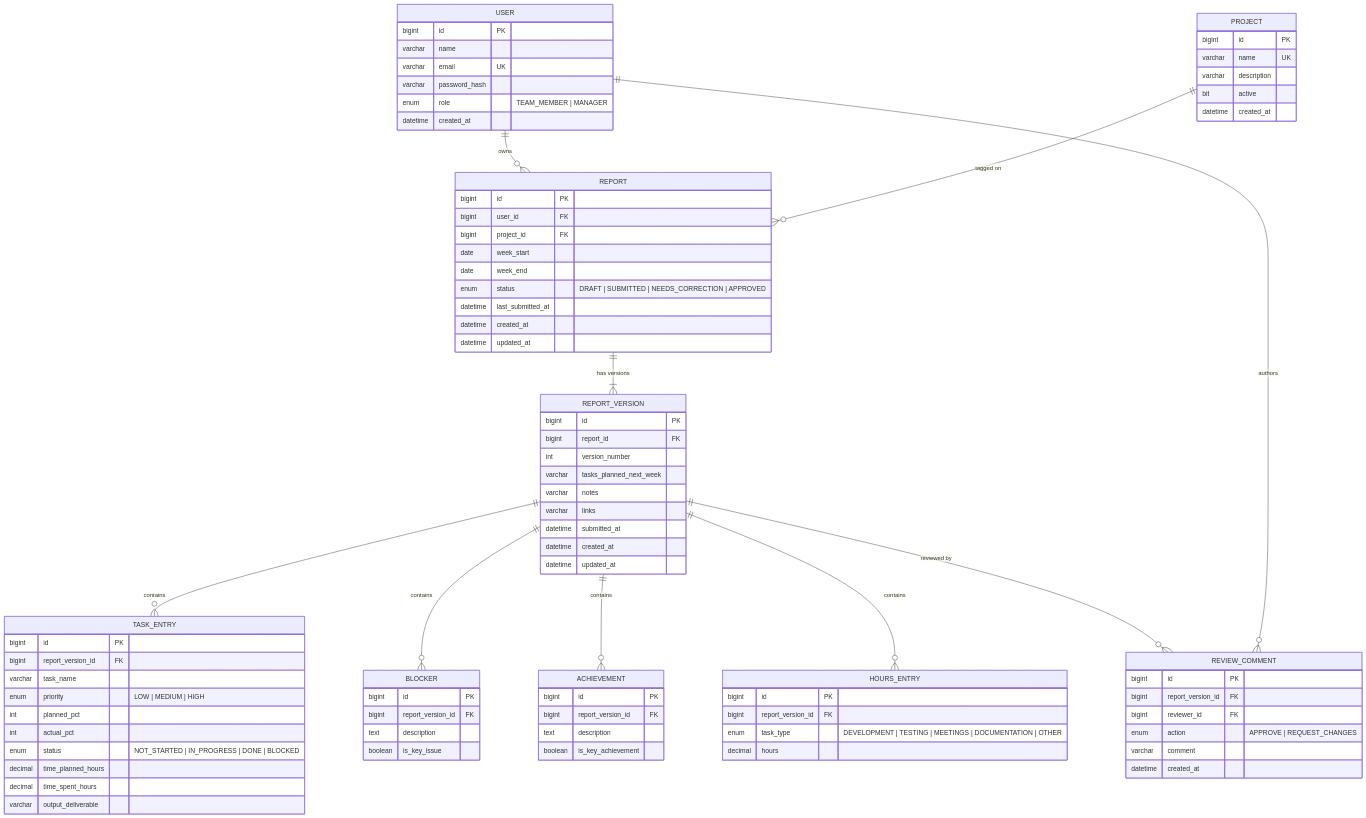
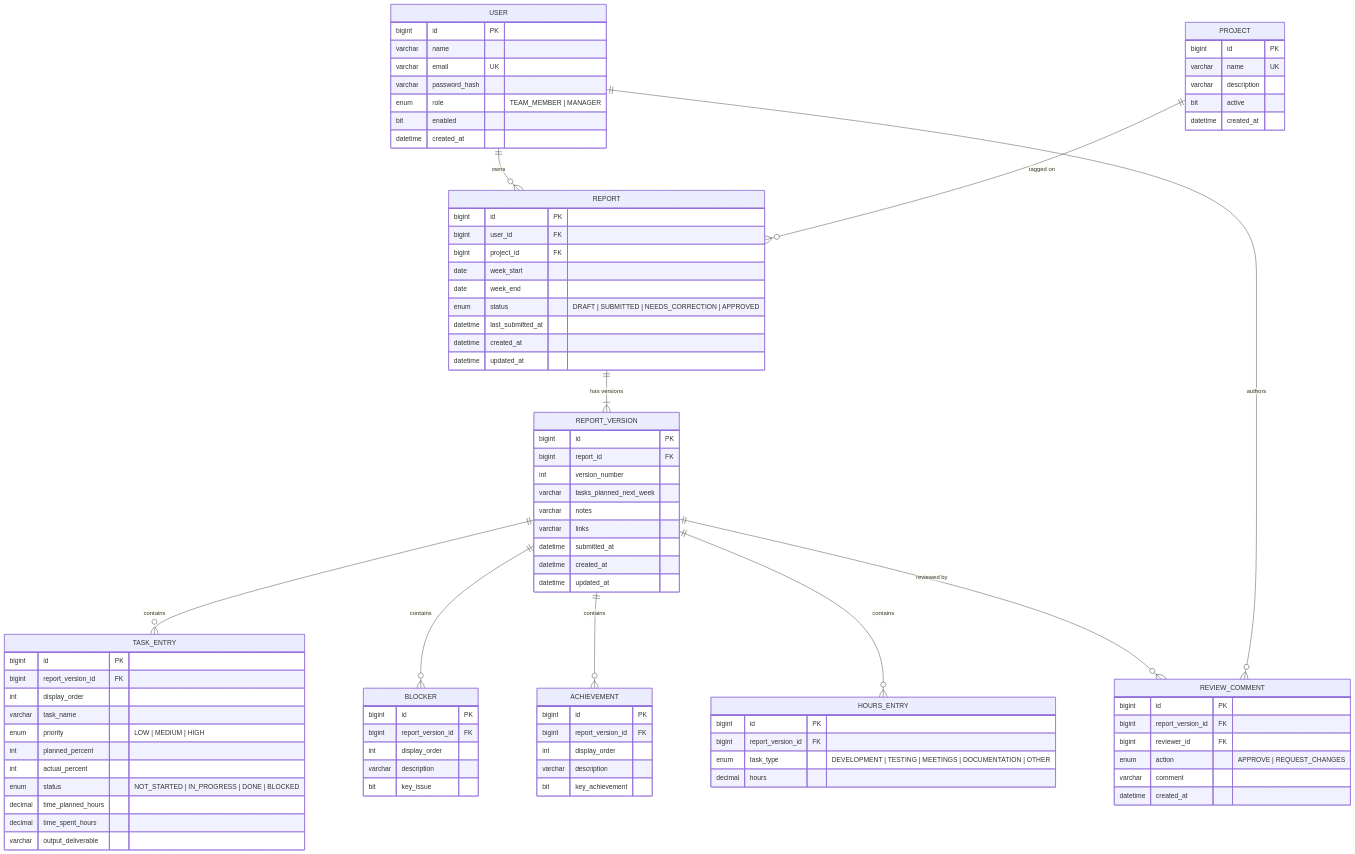
One commit to Kapilan1998/weekly-report-generator-dashboard changed the diagram in docs/DATA_MODEL.md. Above: the diagram before and after it, drawn with Mermaid. The commit also changed other lines of this file and 4 other files, not shown here.

Commit message:
ER diagram exported as an image and corrected against the migrations

```diff
--- a/docs/DATA_MODEL.md
+++ b/docs/DATA_MODEL.md
@@ -36,6 +36,7 @@
         varchar email UK
         varchar password_hash
         enum role "TEAM_MEMBER | MANAGER"
+        bit enabled
         datetime created_at
     }
     PROJECT {
@@ -70,10 +71,11 @@
     TASK_ENTRY {
         bigint id PK
         bigint report_version_id FK
+        int display_order
         varchar task_name
         enum priority "LOW | MEDIUM | HIGH"
-        int planned_pct
-        int actual_pct
+        int planned_percent
+        int actual_percent
         enum status "NOT_STARTED | IN_PROGRESS | DONE | BLOCKED"
         decimal time_planned_hours
         decimal time_spent_hours
@@ -82,14 +84,16 @@
     BLOCKER {
         bigint id PK
         bigint report_version_id FK
-        text description
-        boolean is_key_issue
+        int display_order
+        varchar description
+        bit key_issue
     }
     ACHIEVEMENT {
         bigint id PK
         bigint report_version_id FK
-        text description
-        boolean is_key_achievement
+        int display_order
+        varchar description
+        bit key_achievement
     }
     HOURS_ENTRY {
         bigint id PK
```
